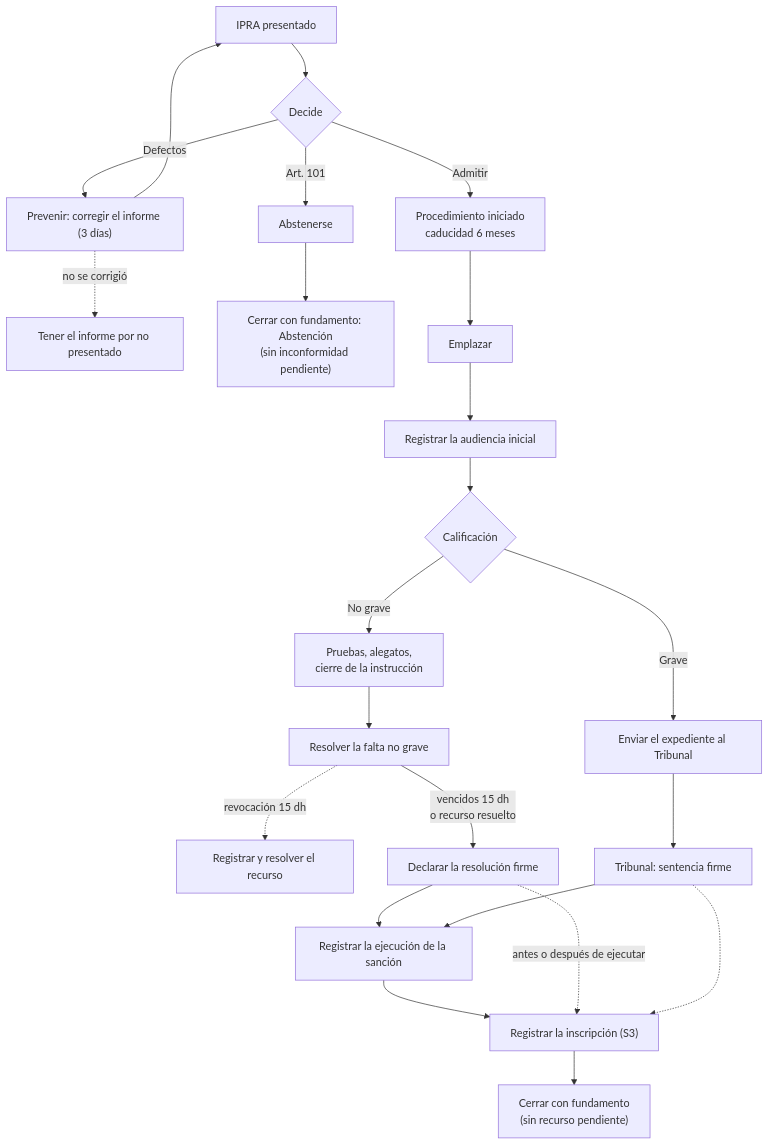
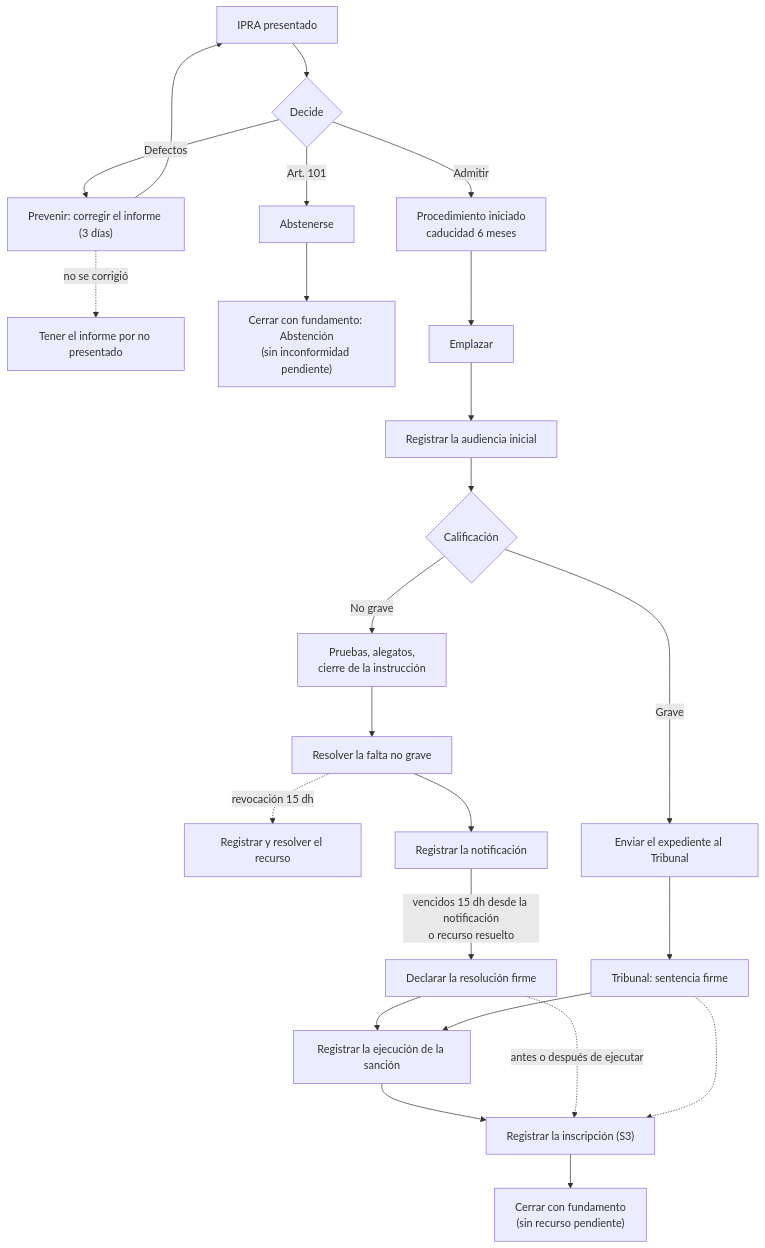
One commit to GuilleOp/sigilo-s5 changed the diagram in docs/manuales/04-autoridad-substanciadora-y-resolutora.md. Above: the diagram before and after it, drawn with Mermaid. The commit also changed other lines of this file and 6 other files, not shown here.

````diff
--- a/docs/manuales/04-autoridad-substanciadora-y-resolutora.md
+++ b/docs/manuales/04-autoridad-substanciadora-y-resolutora.md
@@ -290,25 +305,26 @@
 ```mermaid
 flowchart TD
   A["IPRA presentado"] --> B{"Decide"}
   B -- "Defectos" --> C["Prevenir: corregir el informe (3 días)"]
   C --> A
   C -. "no se corrigió" .-> C2["Tener el informe por no presentado"]
   B -- "Art. 101" --> D["Abstenerse"]
   D --> D2["Cerrar con fundamento: Abstención<br/>(sin inconformidad pendiente)"]
   B -- "Admitir" --> E["Procedimiento iniciado<br/>caducidad 6 meses"]
   E --> F["Emplazar"]
   F --> G["Registrar la audiencia inicial"]
   G --> H{"Calificación"}
   H -- "No grave" --> I["Pruebas, alegatos,<br/>cierre de la instrucción"]
   I --> J["Resolver la falta no grave"]
   J -. "revocación 15 dh" .-> J2["Registrar y resolver el recurso"]
-  J -- "vencidos 15 dh<br/>o recurso resuelto" --> K["Declarar la resolución firme"]
+  J --> J1["Registrar la notificación"]
+  J1 -- "vencidos 15 dh desde la notificación<br/>o recurso resuelto" --> K["Declarar la resolución firme"]
   H -- "Grave" --> L["Enviar el expediente al Tribunal"]
   L --> M["Tribunal: sentencia firme"]
   K --> N["Registrar la ejecución de la sanción"]
   M --> N
   N --> O["Registrar la inscripción (S3)"]
   K -. "antes o después de ejecutar" .-> O
   M -.-> O
   O --> P["Cerrar con fundamento<br/>(sin recurso pendiente)"]
 ```
````
